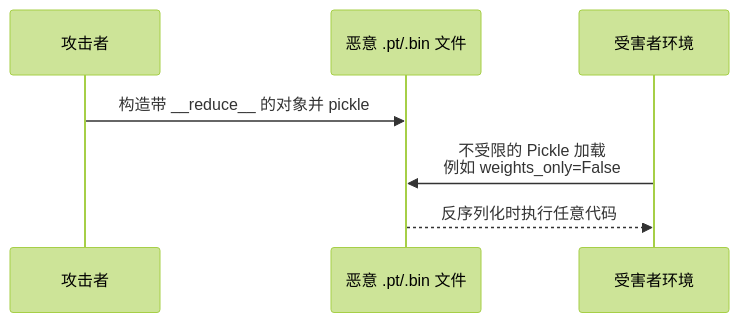
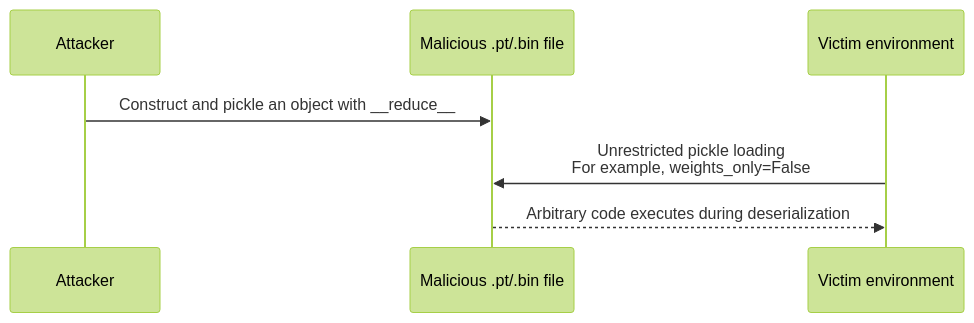
The second of 2 diagrams in docs/safety/03-data-model-supply-chain/05-model-supply-chain-serialization-risks.md (oneleaveknowsthefall/awesome-ai-roadmap), drawn with Mermaid (forest theme) before and after one commit. The commit also changed other lines of this file and 82 other files, not shown here.

````diff
--- a/docs/safety/03-data-model-supply-chain/05-model-supply-chain-serialization-risks.md
+++ b/docs/safety/03-data-model-supply-chain/05-model-supply-chain-serialization-risks.md
@@ -42,9 +42,9 @@
 ```mermaid
 sequenceDiagram
-    participant A as 攻击者
-    participant F as 恶意 .pt/.bin 文件
-    participant V as 受害者环境
-    A->>F: 构造带 __reduce__ 的对象并 pickle
-    V->>F: 不受限的 Pickle 加载<br/>例如 weights_only=False
-    F-->>V: 反序列化时执行任意代码
+    participant A as Attacker
+    participant F as Malicious .pt/.bin file
+    participant V as Victim environment
+    A->>F: Construct and pickle an object with __reduce__
+    V->>F: Unrestricted pickle loading<br/>For example, weights_only=False
+    F-->>V: Arbitrary code executes during deserialization
 ```
````
